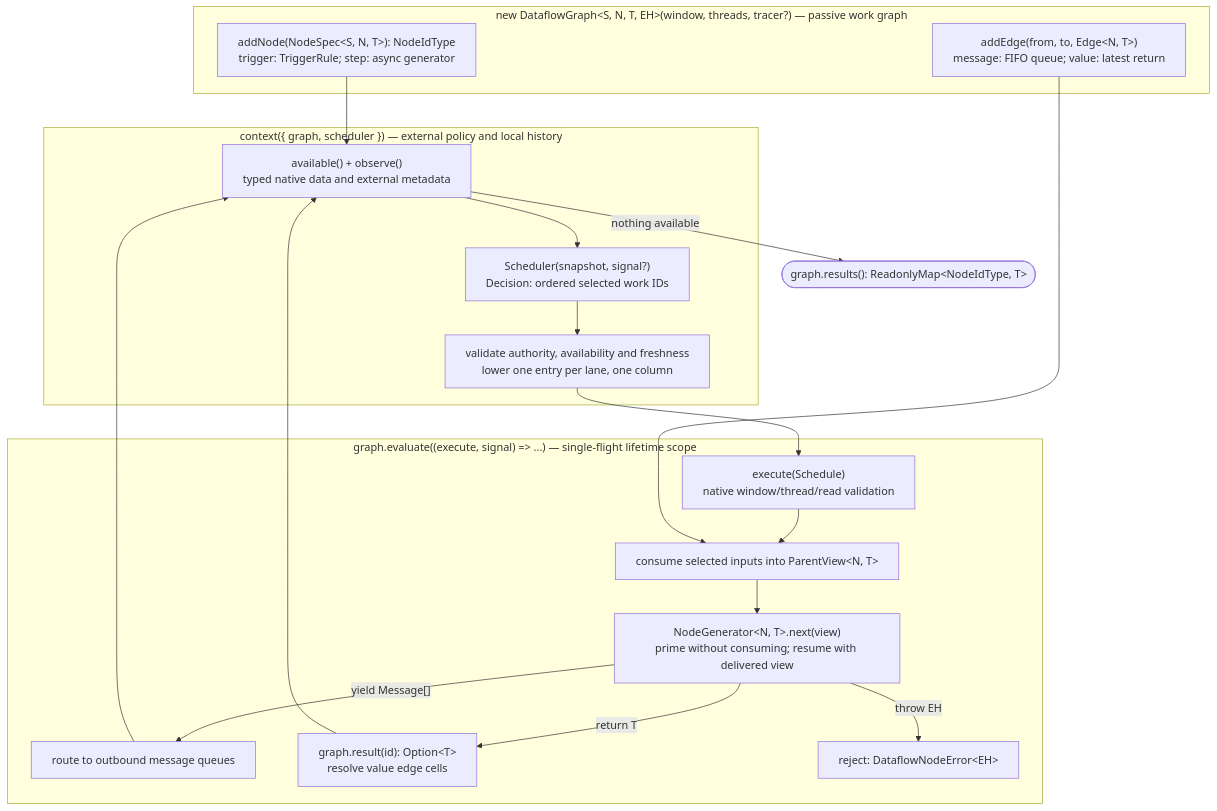
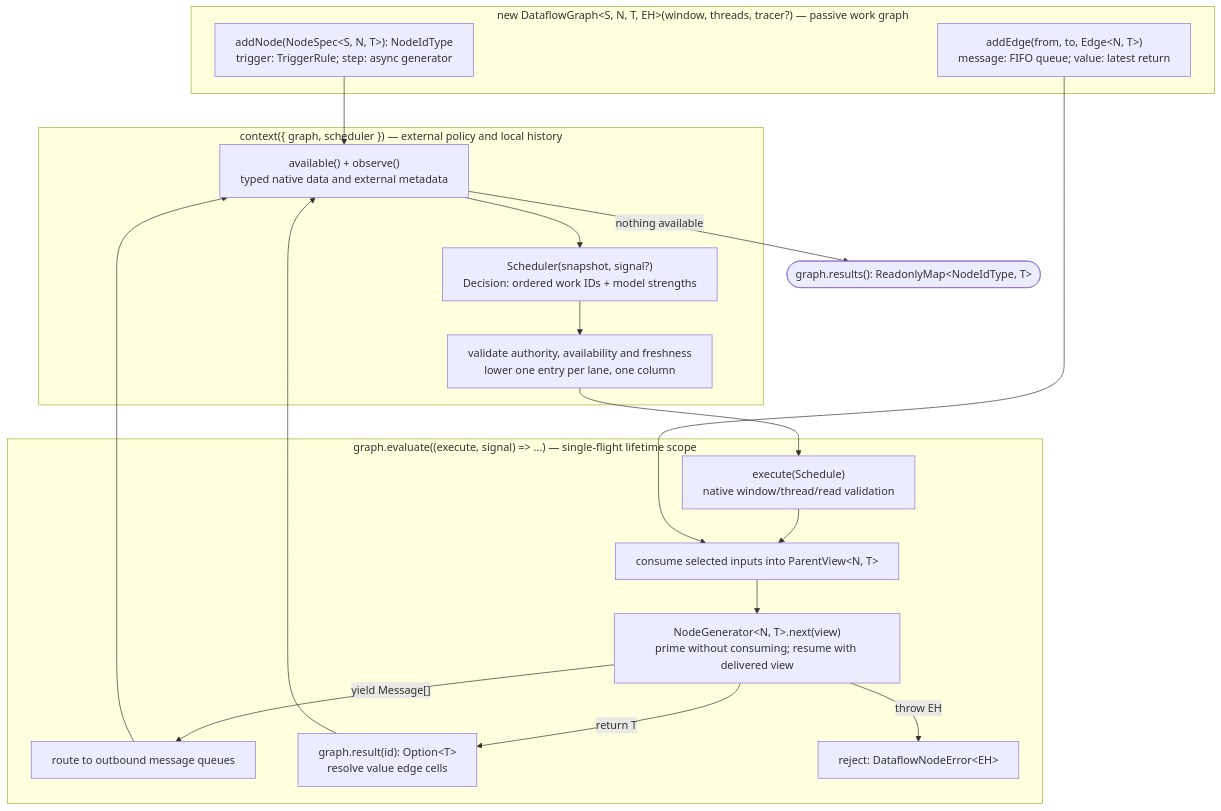
The diagram in packages/dataflow-engine/README.md (microsoft/junco), drawn with Mermaid before and after one commit. The commit also changed other lines of this file and 114 other files, not shown here.

````diff
--- a/packages/dataflow-engine/README.md
+++ b/packages/dataflow-engine/README.md
@@ -9,25 +9,25 @@
 ```mermaid
 %%{init: {"flowchart": {"wrappingWidth": 360}}}%%
 flowchart TB
   subgraph Definition["new DataflowGraph#lt;S, N, T, EH#gt;(window, threads, tracer?) — passive work graph"]
     N["addNode(NodeSpec#lt;S, N, T#gt;): NodeIdType<br/>trigger: TriggerRule; step: async generator"]
     E["addEdge(from, to, Edge#lt;N, T#gt;)<br/>message: FIFO queue; value: latest return"]
   end
   subgraph Context["context({ graph, scheduler }) — external policy and local history"]
-    A["available() + observe()<br/>typed native data and external metadata"] --> P["Scheduler(snapshot, signal?)<br/>Decision: ordered selected work IDs"]
+    A["available() + observe()<br/>typed native data and external metadata"] --> P["Scheduler(snapshot, signal?)<br/>Decision: ordered work IDs + model strengths"]
     P --> L["validate authority, availability and freshness<br/>lower one entry per lane, one column"]
   end
   subgraph Execution["graph.evaluate((execute, signal) => ...) — single-flight lifetime scope"]
     L --> K["execute(Schedule)<br/>native window/thread/read validation"]
     K --> X["consume selected inputs into ParentView#lt;N, T#gt;"]
     X --> G["NodeGenerator#lt;N, T#gt;.next(view)<br/>prime without consuming; resume with delivered view"]
     G -- "yield Message[]" --> B["route to outbound message queues"]
     G -- "return T" --> R["graph.result(id): Option#lt;T#gt;<br/>resolve value edge cells"]
     G -- "throw EH" --> F["reject: DataflowNodeError#lt;EH#gt;"]
   end
   N --> A
   E --> X
   B --> A
   R --> A
   A -- "nothing available" --> Z(["graph.results(): ReadonlyMap#lt;NodeIdType, T#gt;"])
 ```
````
